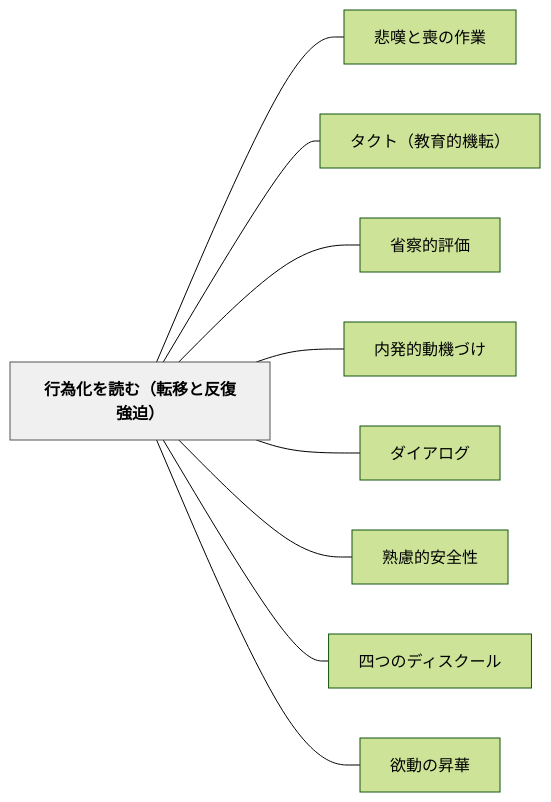
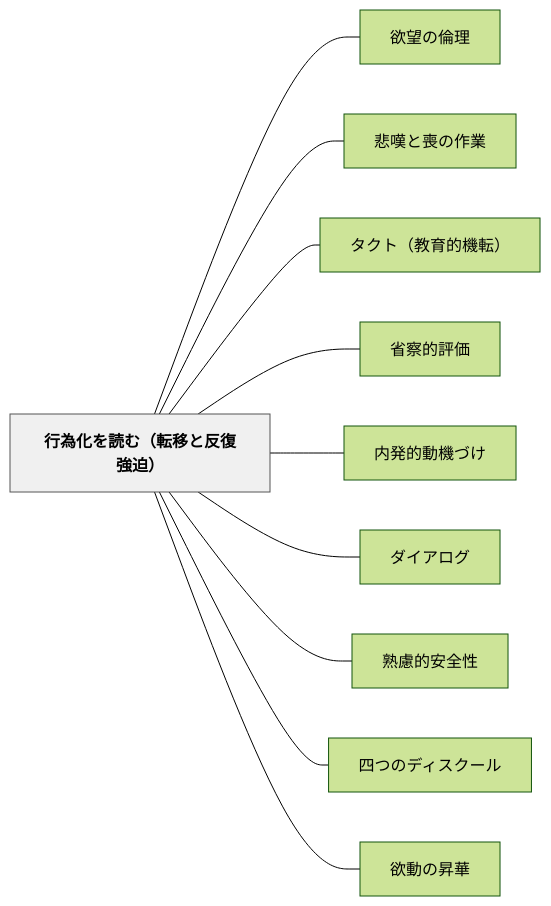
Before and after one commit to unknownthings-ed-patterns/unknownthings-ed-patterns: the diagram in content/パタン/行為化を読む（転移と反復強迫）.md, drawn with Mermaid (forest theme). The commit also changed other lines of this file and 185 other files, not shown here.

````diff
--- a/content/パタン/行為化を読む（転移と反復強迫）.md
+++ b/content/パタン/行為化を読む（転移と反復強迫）.md
@@ -232,24 +233,26 @@
 ```mermaid
 flowchart LR
     ne8a18ce782bae58c96e38292e8aaade38280efbc88e8bba2e7a7bbe381a8e58f8de5bea9e5bcb7e8bfabefbc89["行為化を読む（転移と反復強迫）"]
+    ne6acb2e69c9be381aee580abe79086["欲望の倫理"]
     ne682b2e59886e381a8e596aae381aee4bd9ce6a5ad["悲嘆と喪の作業"]
     ne382bfe382afe38388efbc88e69599e882b2e79a84e6a99fe8bba2efbc89["タクト（教育的機転）"]
     ne79c81e5af9fe79a84e8a995e4bea1["省察的評価"]
     ne58685e799bae79a84e58b95e6a99fe381a5e38191["内発的動機づけ"]
     ne38380e382a4e382a2e383ade382b0["ダイアログ"]
     ne7869fe685aee79a84e5ae89e585a8e680a7["熟慮的安全性"]
     ne59b9be381a4e381aee38387e382a3e382b9e382afe383bce383ab["四つのディスクール"]
     ne6acb2e58b95e381aee69887e88faf["欲動の昇華"]
 
+    ne8a18ce782bae58c96e38292e8aaade38280efbc88e8bba2e7a7bbe381a8e58f8de5bea9e5bcb7e8bfabefbc89 --- ne6acb2e69c9be381aee580abe79086
     ne8a18ce782bae58c96e38292e8aaade38280efbc88e8bba2e7a7bbe381a8e58f8de5bea9e5bcb7e8bfabefbc89 --- ne682b2e59886e381a8e596aae381aee4bd9ce6a5ad
     ne8a18ce782bae58c96e38292e8aaade38280efbc88e8bba2e7a7bbe381a8e58f8de5bea9e5bcb7e8bfabefbc89 --- ne382bfe382afe38388efbc88e69599e882b2e79a84e6a99fe8bba2efbc89
     ne8a18ce782bae58c96e38292e8aaade38280efbc88e8bba2e7a7bbe381a8e58f8de5bea9e5bcb7e8bfabefbc89 --- ne79c81e5af9fe79a84e8a995e4bea1
     ne8a18ce782bae58c96e38292e8aaade38280efbc88e8bba2e7a7bbe381a8e58f8de5bea9e5bcb7e8bfabefbc89 --- ne58685e799bae79a84e58b95e6a99fe381a5e38191
     ne8a18ce782bae58c96e38292e8aaade38280efbc88e8bba2e7a7bbe381a8e58f8de5bea9e5bcb7e8bfabefbc89 --- ne38380e382a4e382a2e383ade382b0
     ne8a18ce782bae58c96e38292e8aaade38280efbc88e8bba2e7a7bbe381a8e58f8de5bea9e5bcb7e8bfabefbc89 --- ne7869fe685aee79a84e5ae89e585a8e680a7
     ne8a18ce782bae58c96e38292e8aaade38280efbc88e8bba2e7a7bbe381a8e58f8de5bea9e5bcb7e8bfabefbc89 --- ne59b9be381a4e381aee38387e382a3e382b9e382afe383bce383ab
     ne8a18ce782bae58c96e38292e8aaade38280efbc88e8bba2e7a7bbe381a8e58f8de5bea9e5bcb7e8bfabefbc89 --- ne6acb2e58b95e381aee69887e88faf
 
     classDef hub fill:#f0f0f0,stroke:#555,color:#000,font-weight:bold
     class ne8a18ce782bae58c96e38292e8aaade38280efbc88e8bba2e7a7bbe381a8e58f8de5bea9e5bcb7e8bfabefbc89 hub
 ```
````
